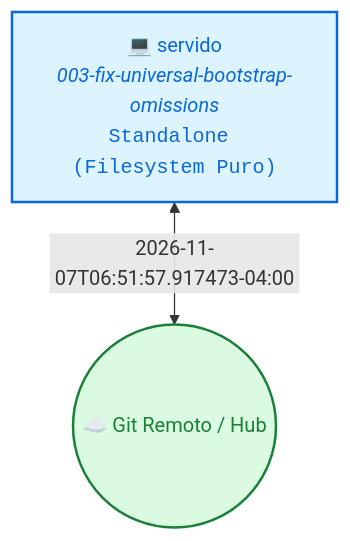
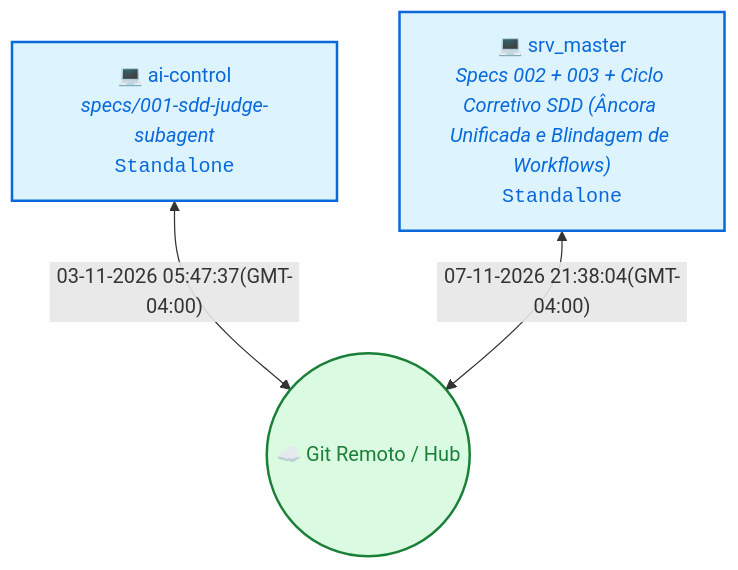
The diagram in README.md (andreticba/vitalia-spec-kit-context), drawn with Mermaid before and after one commit. The commit also changed other lines of this file and 11 other files, not shown here.

Commit message:
chore: session consolidated by srv_master (eb10269b)

````diff
--- a/README.md
+++ b/README.md
@@ -20,8 +20,11 @@
 ```mermaid
 flowchart TD
   Cloud(("☁️ Git Remoto / Hub"))
-  M_72a556ad["💻 servido<br/><i>003-fix-universal-bootstrap-omissions</i><br/><code>Standalone (Filesystem Puro)</code>"]
-  M_72a556ad <-->|"2026-11-07T06:51:57.917473-04:00"| Cloud
-  style M_72a556ad stroke:#0969da,stroke-width:2px,fill:#ddf4ff,color:#0969da
+  M_17a6f667["💻 ai-control<br/><i>specs/001-sdd-judge-subagent</i><br/><code>Standalone</code>"]
+  M_17a6f667 <-->|"03-11-2026 05:47:37(GMT-04:00)"| Cloud
+  style M_17a6f667 stroke:#0969da,stroke-width:2px,fill:#ddf4ff,color:#0969da
+  M_eb10269b["💻 srv_master<br/><i>Specs 002 + 003 + Ciclo Corretivo SDD (Âncora Unificada e Blindagem de Workflows)</i><br/><code>Standalone</code>"]
+  M_eb10269b <-->|"07-11-2026 21:38:04(GMT-04:00)"| Cloud
+  style M_eb10269b stroke:#0969da,stroke-width:2px,fill:#ddf4ff,color:#0969da
   style Cloud stroke:#1a7f37,stroke-width:2px,fill:#dafbe1,color:#1a7f37
 ```
````
